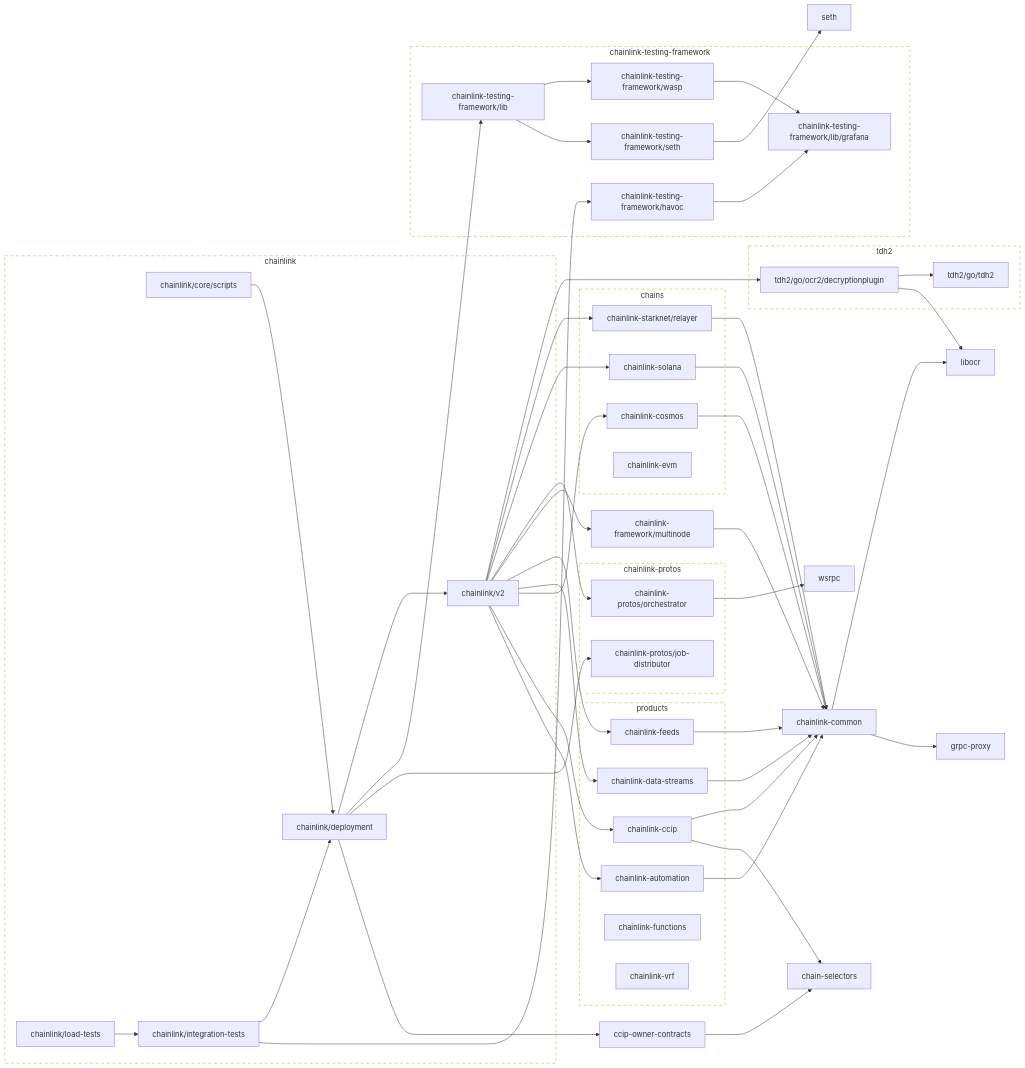
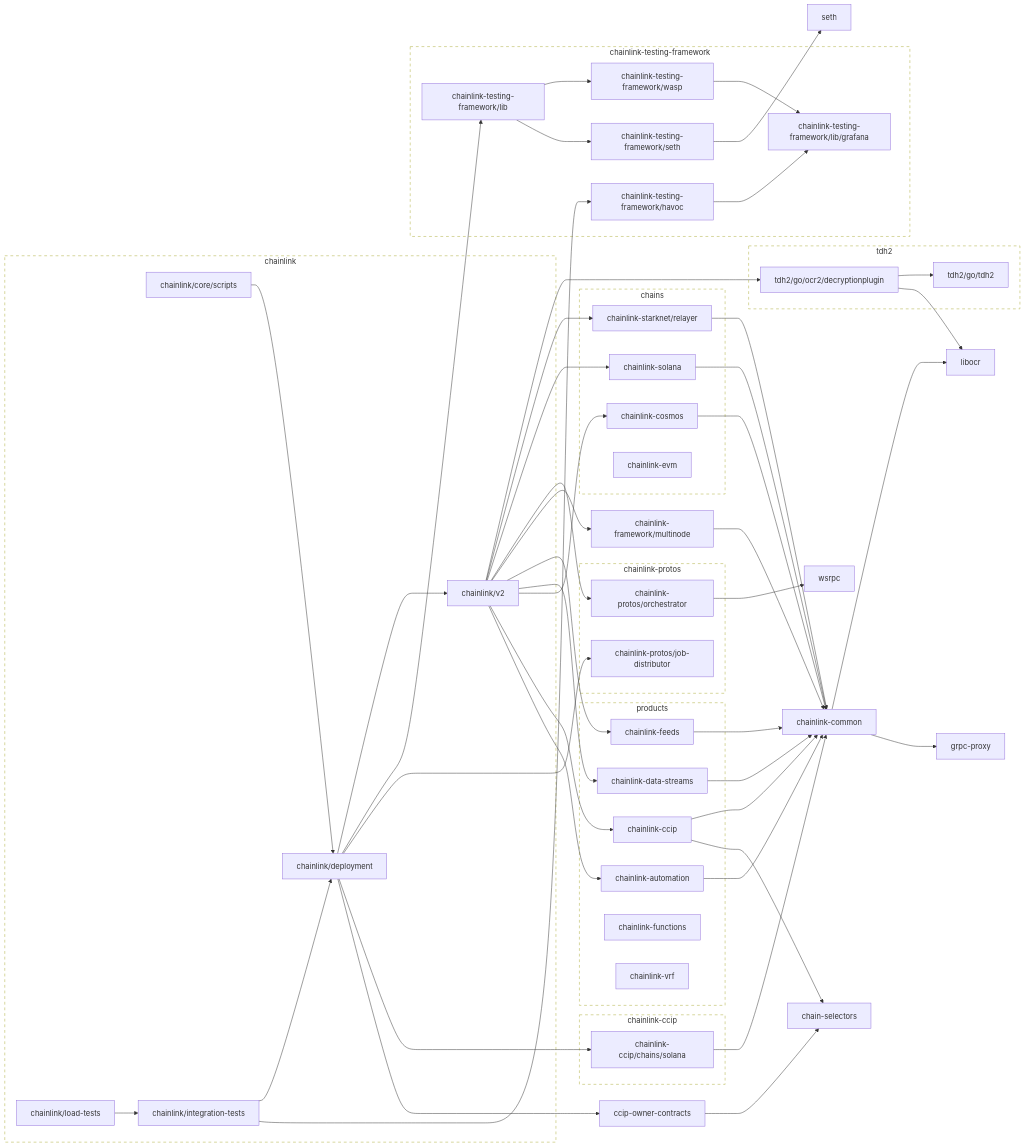
One commit to protofire/chainlink changed the second of 2 diagrams in go.md. Above: the diagram before and after it, drawn with Mermaid. The commit also changed 15 other files, not shown here.

````diff
--- a/go.md
+++ b/go.md
@@ -108,6 +108,8 @@
 	chainlink-ccip --> chain-selectors
 	chainlink-ccip --> chainlink-common
 	click chainlink-ccip href "https://github.com/smartcontractkit/chainlink-ccip"
+	chainlink-ccip/chains/solana --> chainlink-common
+	click chainlink-ccip/chains/solana href "https://github.com/smartcontractkit/chainlink-ccip"
 	chainlink-common --> grpc-proxy
 	chainlink-common --> libocr
 	click chainlink-common href "https://github.com/smartcontractkit/chainlink-common"
@@ -141,6 +143,7 @@
 	chainlink/core/scripts --> chainlink/deployment
 	click chainlink/core/scripts href "https://github.com/smartcontractkit/chainlink"
 	chainlink/deployment --> ccip-owner-contracts
+	chainlink/deployment --> chainlink-ccip/chains/solana
 	chainlink/deployment --> chainlink-protos/job-distributor
 	chainlink/deployment --> chainlink-testing-framework/lib
 	chainlink/deployment --> chainlink/v2
@@ -184,6 +187,12 @@
 	end
 	click chainlink-repo href "https://github.com/smartcontractkit/chainlink"
 
+	subgraph chainlink-ccip-repo[chainlink-ccip]
+		 chainlink-ccip
+		 chainlink-ccip/chains/solana
+	end
+	click chainlink-ccip-repo href "https://github.com/smartcontractkit/chainlink-ccip"
+
 	subgraph chainlink-protos-repo[chainlink-protos]
 		 chainlink-protos/job-distributor
 		 chainlink-protos/orchestrator
@@ -206,5 +215,5 @@
 	click tdh2-repo href "https://github.com/smartcontractkit/tdh2"
 
 	classDef outline stroke-dasharray:6,fill:none;
-	class chainlink-repo,chainlink-protos-repo,chainlink-testing-framework-repo,tdh2-repo outline
+	class chainlink-repo,chainlink-ccip-repo,chainlink-protos-repo,chainlink-testing-framework-repo,tdh2-repo outline
 ```
````
